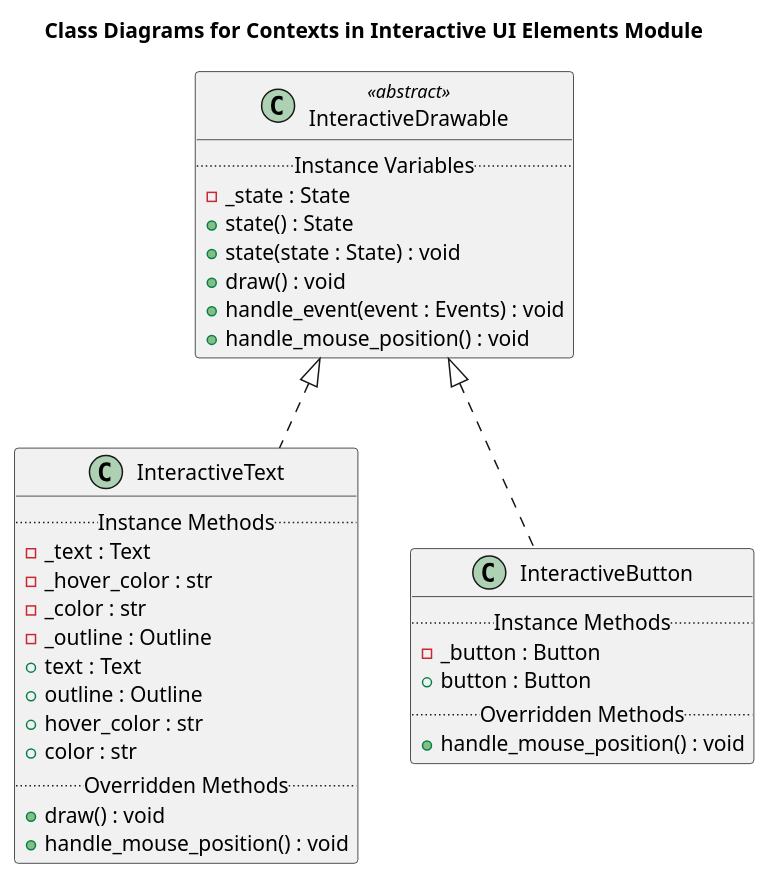
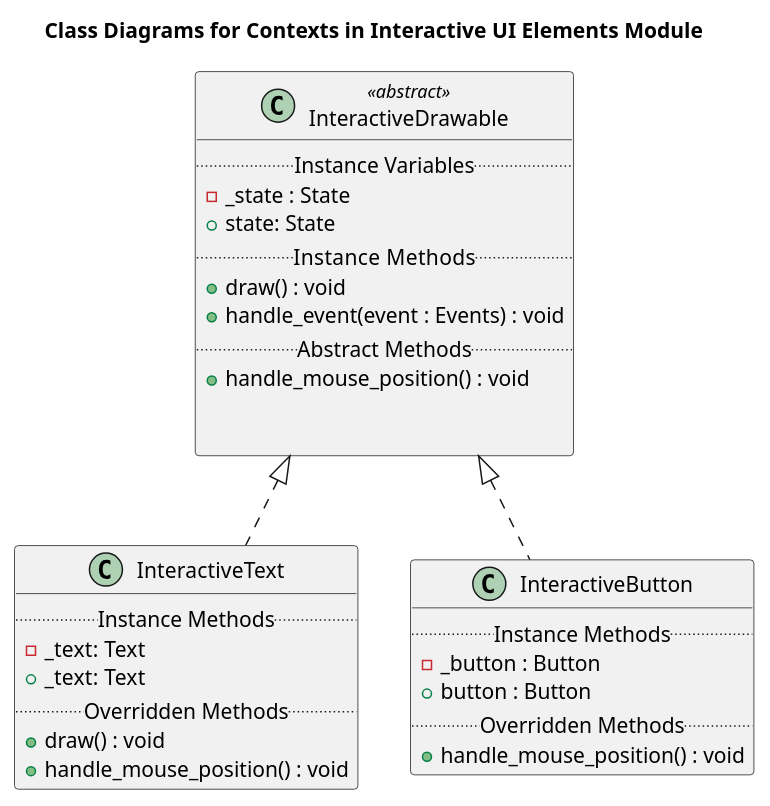
Before and after one commit to kmerickson/OOP-PuzzleMaze: the diagram in Puzzle_Maze/uml/interactive_ui_elements/interactive_ui_elements_contexts.plantuml, drawn with PlantUML. The commit also changed 20 other files, not shown here.

Commit message:
added new uml diagrams

```diff
--- a/Puzzle_Maze/uml/interactive_ui_elements/interactive_ui_elements_contexts.plantuml
+++ b/Puzzle_Maze/uml/interactive_ui_elements/interactive_ui_elements_contexts.plantuml
@@ -1,35 +1,32 @@
 @startuml
 title "Class Diagrams for Contexts in Interactive UI Elements Module"
 class InteractiveDrawable <<abstract>>{
     ..Instance Variables..
     - _state : State
-    + state() : State
-    + state(state : State) : void
+    + state: State
+    ..Instance  Methods..
     + draw() : void
     + handle_event(event : Events) : void
+    ..Abstract Methods..
     + handle_mouse_position() : void
+
+
 }
 
 class InteractiveText implements InteractiveDrawable{
     ..Instance Methods..
-    - _text : Text
-    - _hover_color : str
-    - _color : str
-    - _outline : Outline
-    + text : Text
-    + outline : Outline
-    + hover_color : str
-    + color : str
+    - _text: Text
+    + _text: Text
     ..Overridden Methods..
     + draw() : void
     + handle_mouse_position() : void
 }
 
 class InteractiveButton implements InteractiveDrawable{
     ..Instance Methods..
     - _button : Button
     + button : Button
     ..Overridden Methods..
     + handle_mouse_position() : void
 }
 @enduml
```
